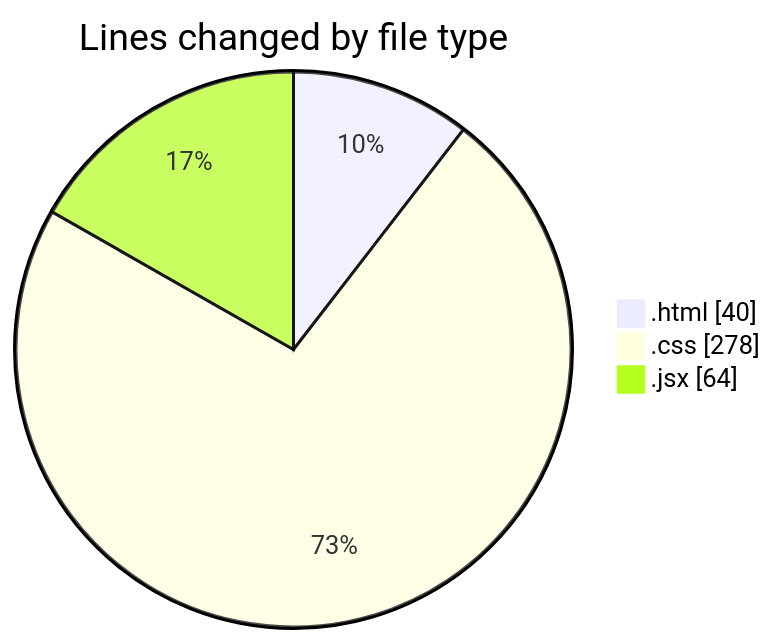
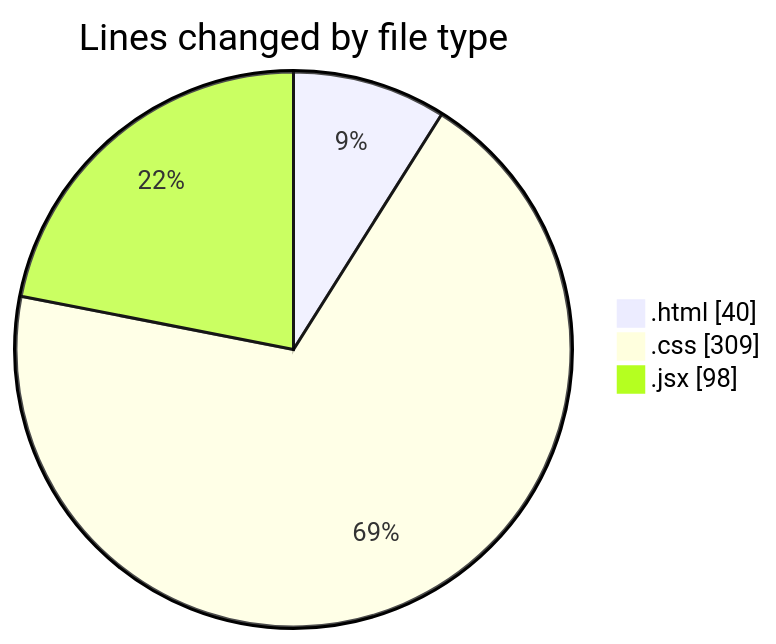
One commit to Ritupan-Deka/code-tracking changed the first of 2 diagrams in 2025-05-26/projects/README.md. Above: the diagram before and after it, drawn with Mermaid. The commit also changed other lines of this file and 1 other file, not shown here.

````diff
--- a/2025-05-26/projects/README.md
+++ b/2025-05-26/projects/README.md
@@ -23,7 +23,7 @@
 ```mermaid
 pie showData
 title Lines changed by file type
 ".html" : 40
-".css" : 278
-".jsx" : 64
+".css" : 309
+".jsx" : 98
 ```
````
